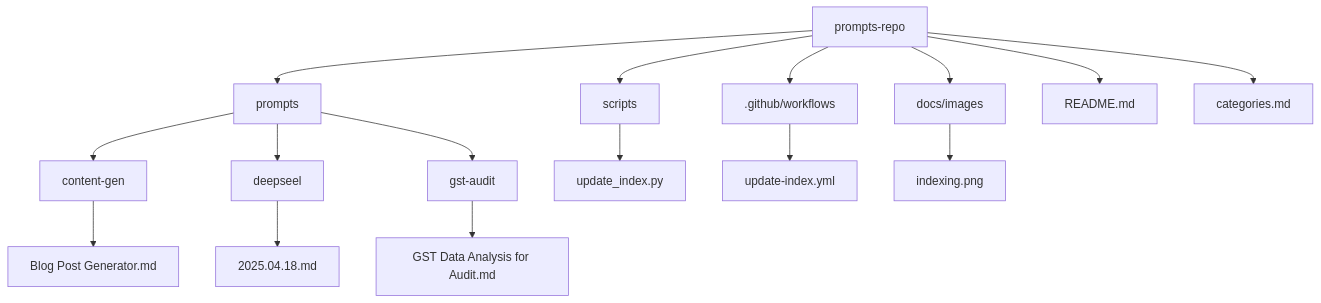
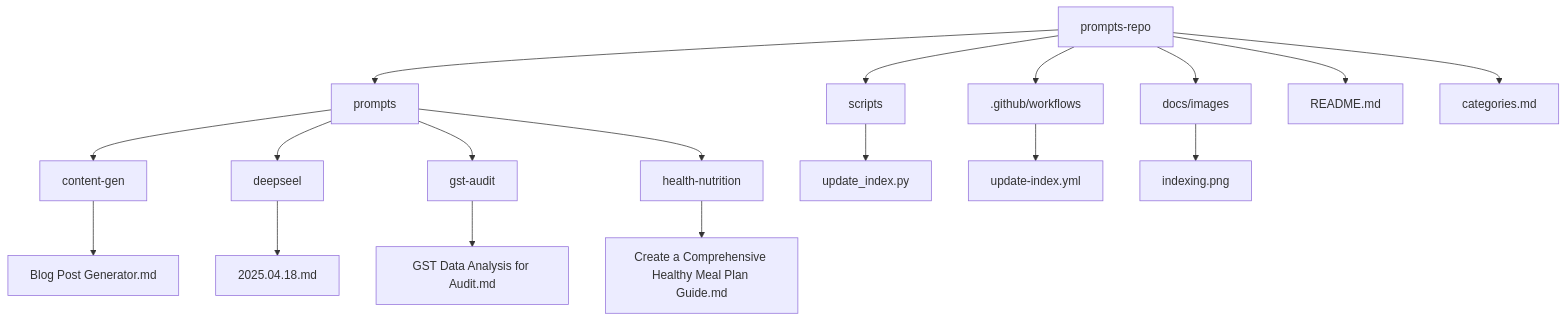
Before and after one commit to phuchungbhutia/prompts-repo: the diagram in README.md, drawn with Mermaid. The commit also changed other lines of this file and 2 other files, not shown here.

````diff
--- a/README.md
+++ b/README.md
@@ -13,18 +13,20 @@
 ```mermaid
 graph TD
     A[prompts-repo] --> B[prompts]
     A --> C[scripts]
     A --> D[.github/workflows]
     A --> E[docs/images]
     B --> CAT1[content-gen]
     B --> CAT2[deepseel]
     B --> CAT3[gst-audit]
+    B --> CAT4[health-nutrition]
     CAT1[content-gen] --> F11[Blog Post Generator.md]
     CAT2[deepseel] --> F21[2025.04.18.md]
     CAT3[gst-audit] --> F31[GST Data Analysis for Audit.md]
+    CAT4[health-nutrition] --> F41[Create a Comprehensive Healthy Meal Plan Guide.md]
     C --> S[update_index.py]
     D --> W[update-index.yml]
     E --> I[indexing.png]
     A --> R[README.md]
     A --> T[categories.md]
 ```
````
